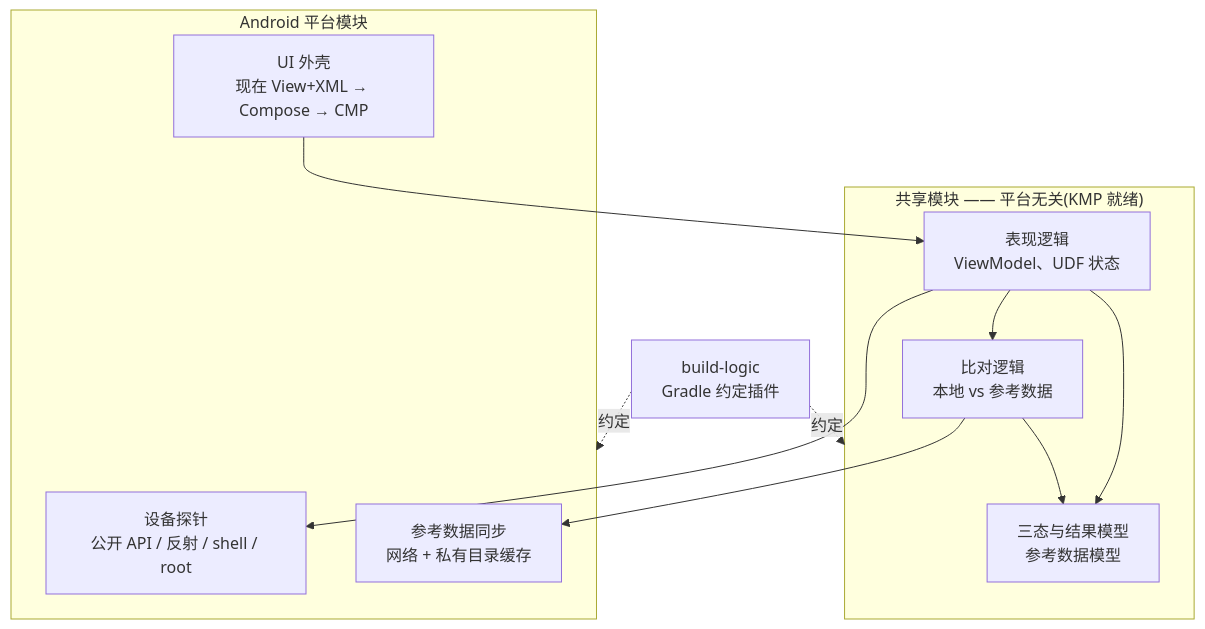
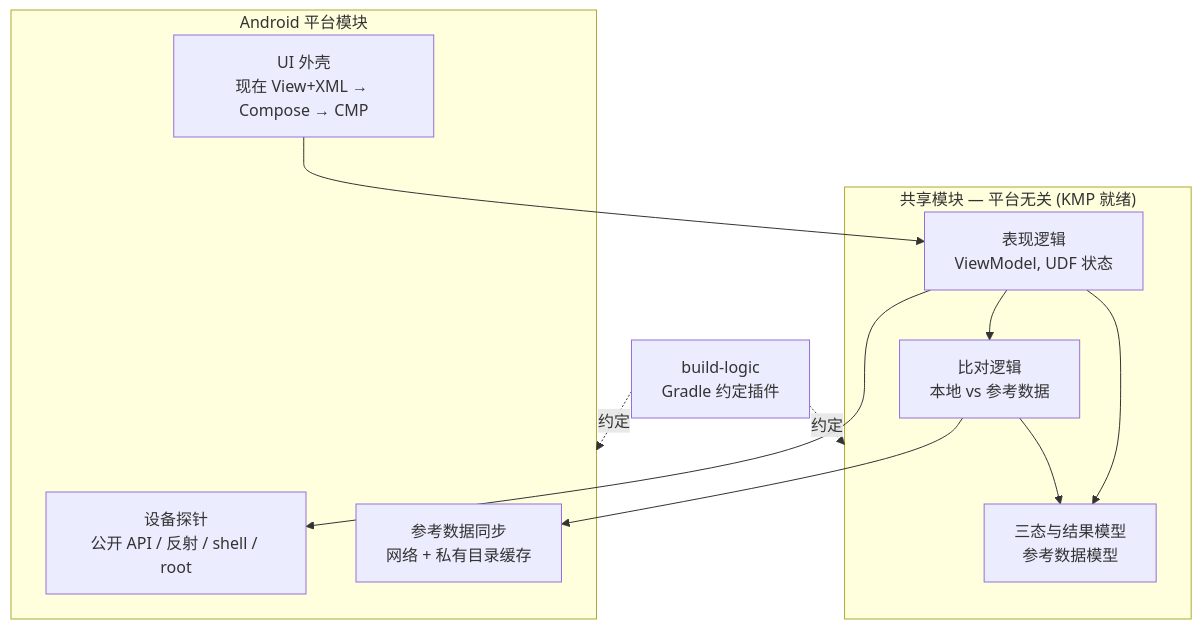
Before and after one commit to imknown/AndroidLowLevelDetector: the third of 3 diagrams in docs/spec-cn/04-architecture-and-decisions.md, drawn with Mermaid. The commit also changed other lines of this file and 31 other files, not shown here.

````diff
--- a/docs/spec-cn/04-architecture-and-decisions.md
+++ b/docs/spec-cn/04-architecture-and-decisions.md
@@ -132,22 +132,22 @@
 ```mermaid
 flowchart TD
-    subgraph Shared["共享模块 —— 平台无关(KMP 就绪)"]
+    subgraph Shared["共享模块 — 平台无关 (KMP 就绪)"]
         MODELS["三态与结果模型<br/>参考数据模型"]
-        PRESENT["表现逻辑<br/>ViewModel、UDF 状态"]
+        PRESENT["表现逻辑<br/>ViewModel, UDF 状态"]
         COMPARE["比对逻辑<br/>本地 vs 参考数据"]
     end
     subgraph Platform["Android 平台模块"]
         PROBES_A["设备探针<br/>公开 API / 反射 / shell / root"]
         UI_A["UI 外壳<br/>现在 View+XML → Compose → CMP"]
         SYNC["参考数据同步<br/>网络 + 私有目录缓存"]
     end
     BUILD["build-logic<br/>Gradle 约定插件"]
     UI_A --> PRESENT
     PRESENT --> MODELS
     PRESENT --> COMPARE
     COMPARE --> MODELS
     PRESENT --> PROBES_A
     COMPARE --> SYNC
-    BUILD -.约定.-> Shared
-    BUILD -.约定.-> Platform
+    BUILD -. 约定.-> Shared
+    BUILD -. 约定.-> Platform
 ```
````
